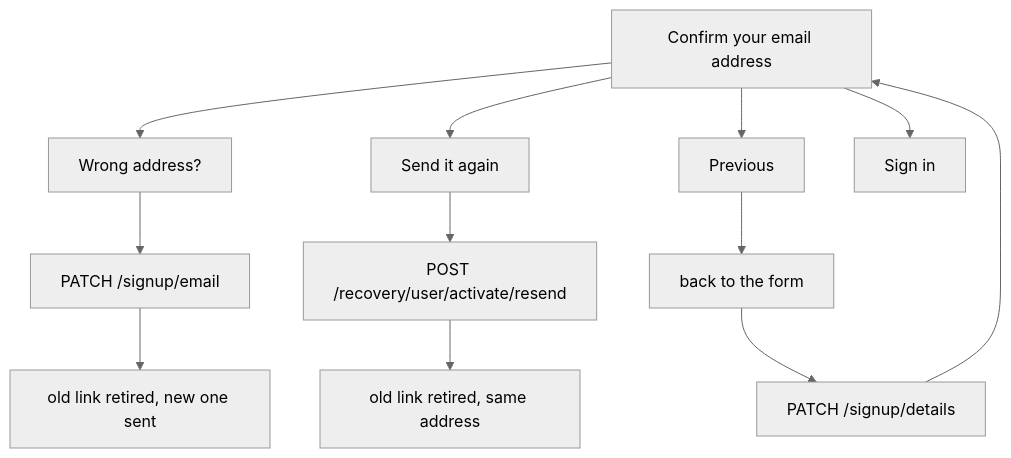
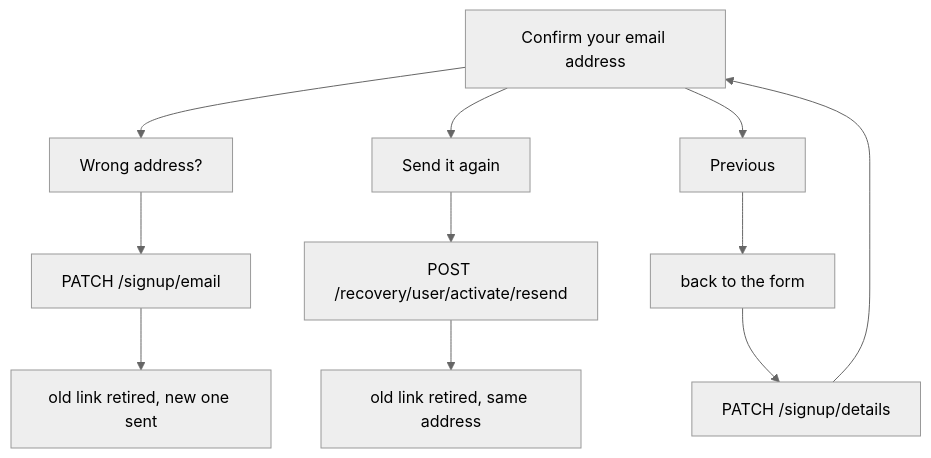
Before and after one commit to ESA-Blueshell/website: the third of 3 diagrams in docs/flows/account-creation/README.md, drawn with Mermaid (neutral theme). The commit also changed other lines of this file and 6 other files, not shown here.

````diff
--- a/docs/flows/account-creation/README.md
+++ b/docs/flows/account-creation/README.md
@@ -110,14 +111,13 @@
 ```mermaid
 flowchart TD
     P["Confirm your email address"] --> C["Wrong address?"]
     P --> R["Send it again"]
     P --> B["Previous"]
-    P --> S["Sign in"]
     C --> C1["PATCH /signup/email"]
     C1 --> C2["old link retired, new one sent"]
     R --> R1["POST /recovery/user/activate/resend"]
     R1 --> R2["old link retired, same address"]
     B --> B1["back to the form"]
     B1 --> B2["PATCH /signup/details"]
     B2 --> P
 ```
````
